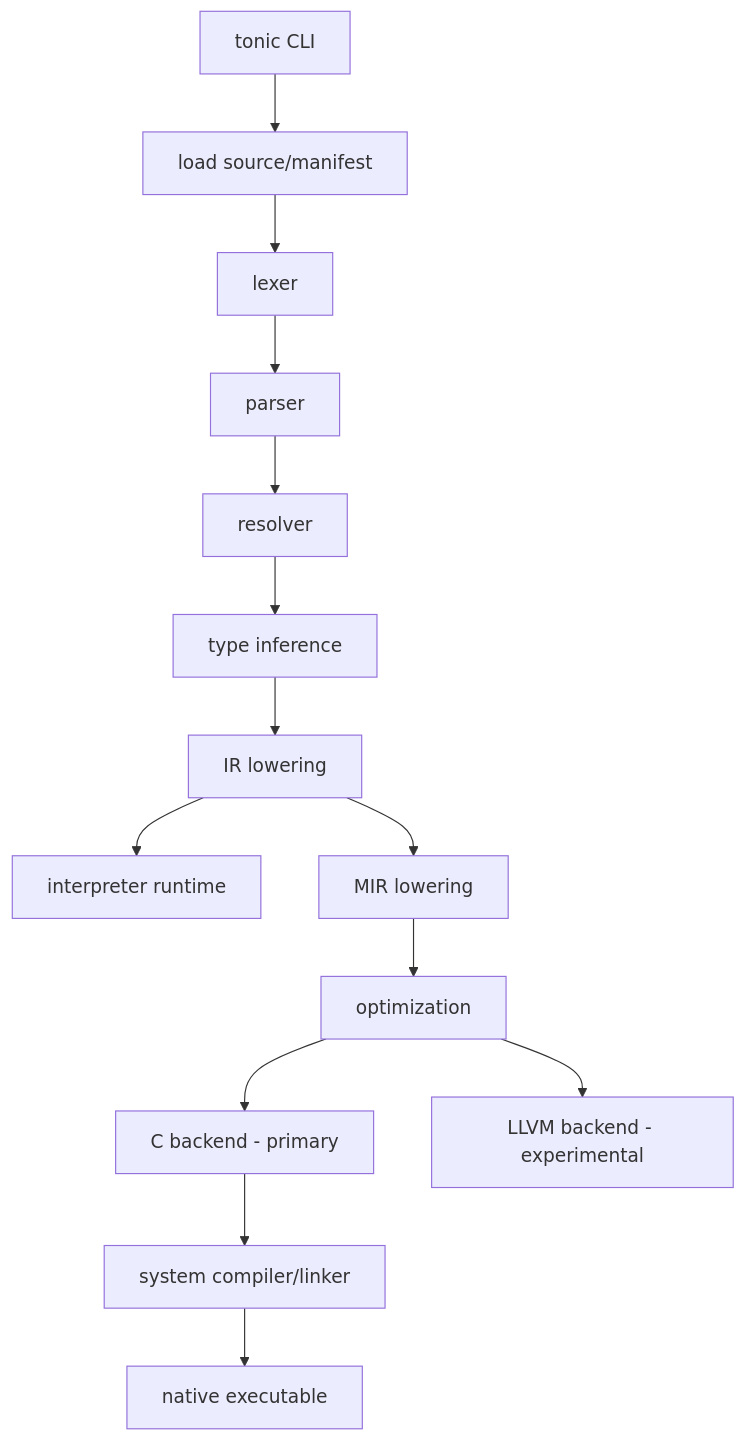
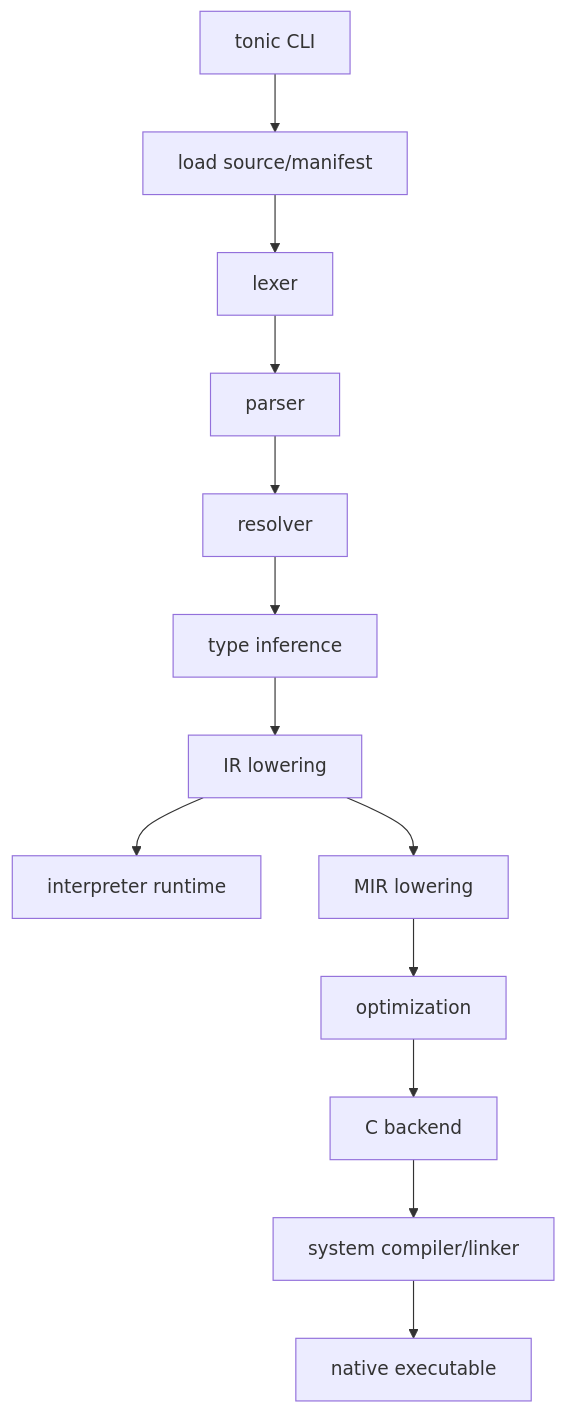
The diagram in README.md (mikeyobrien/tonic), drawn with Mermaid before and after one commit. The commit also changed other lines of this file and 65 other files, not shown here.

Commit message:
refactor: remove llvm backend from mainline

````diff
--- a/README.md
+++ b/README.md
@@ -139,18 +138,17 @@
 ```mermaid
 graph TD
     CLI[tonic CLI]
     CLI --> LOAD[load source/manifest]
     LOAD --> LEX[lexer]
     LEX --> PARSE[parser]
     PARSE --> RESOLVE[resolver]
     RESOLVE --> TYPE[type inference]
     TYPE --> IR[IR lowering]
 
     IR --> INTERP[interpreter runtime]
     IR --> MIR[MIR lowering]
     MIR --> OPT[optimization]
-    OPT --> CBACK[C backend - primary]
-    OPT --> LLVM[LLVM backend - experimental]
+    OPT --> CBACK[C backend]
     CBACK --> LINK[system compiler/linker]
     LINK --> EXE[native executable]
 ```
````
